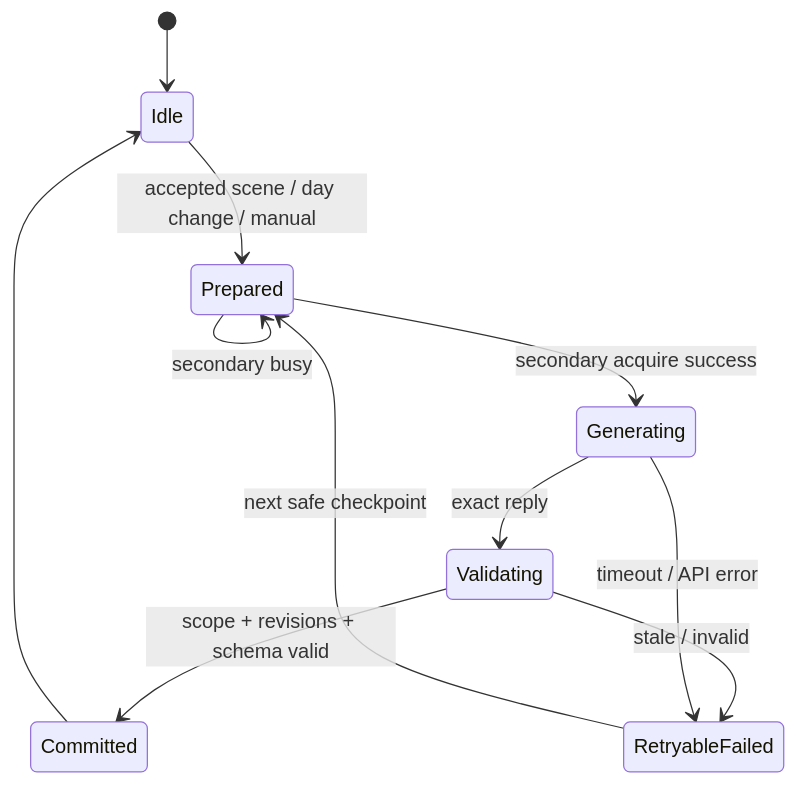
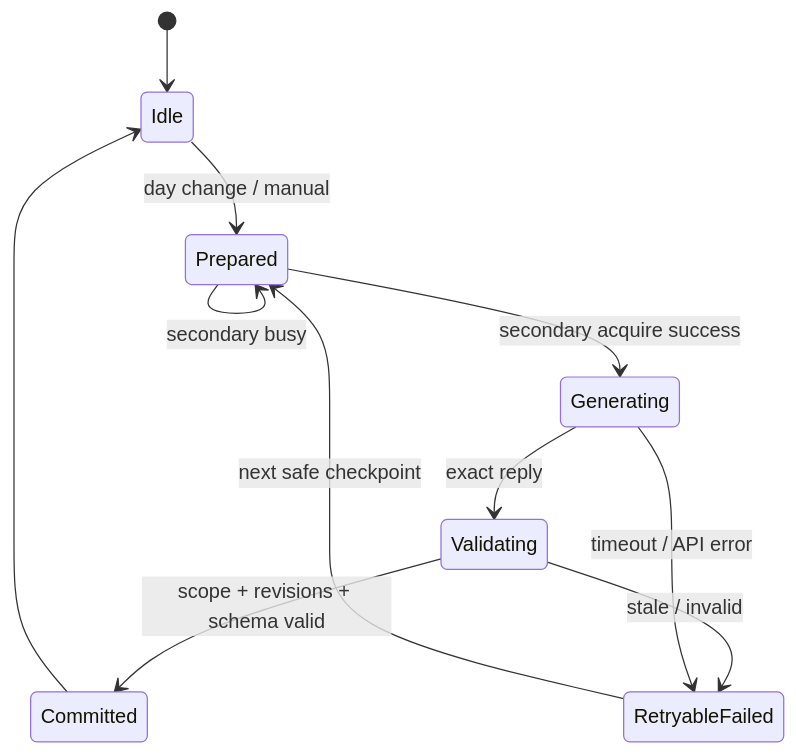
Before and after one commit to a1415102876-alt/Hatsuboshi_test3: the second of 2 diagrams in docs/superpowers/specs/2026-07-12-world-director-engine-design.md, drawn with Mermaid. The commit also changed other lines of this file and 33 other files, not shown here.

````diff
--- a/docs/superpowers/specs/2026-07-12-world-director-engine-design.md
+++ b/docs/superpowers/specs/2026-07-12-world-director-engine-design.md
@@ -259,13 +294,13 @@
 ```mermaid
 stateDiagram-v2
     [*] --> Idle
-    Idle --> Prepared: accepted scene / day change / manual
+    Idle --> Prepared: day change / manual
     Prepared --> Generating: secondary acquire success
     Prepared --> Prepared: secondary busy
     Generating --> Validating: exact reply
     Validating --> Committed: scope + revisions + schema valid
     Validating --> RetryableFailed: stale / invalid
     Generating --> RetryableFailed: timeout / API error
     RetryableFailed --> Prepared: next safe checkpoint
     Committed --> Idle
 ```
````
